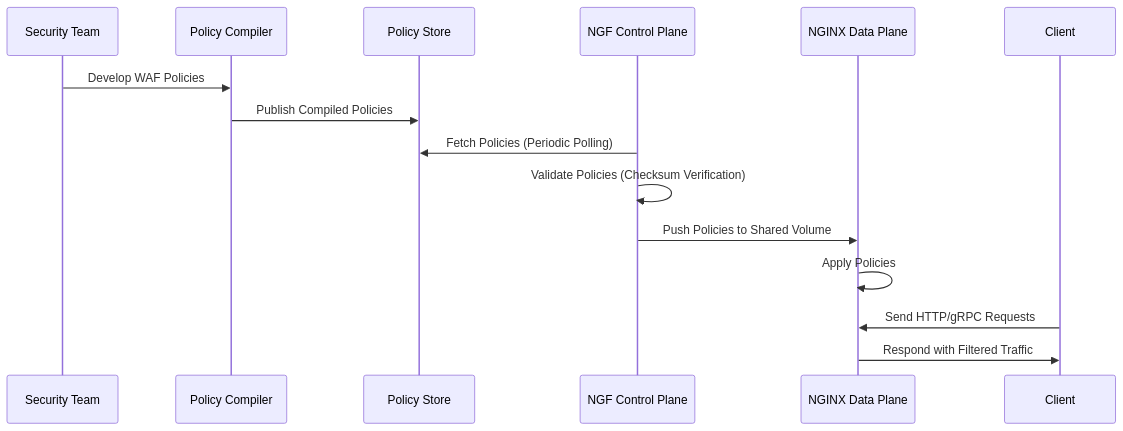
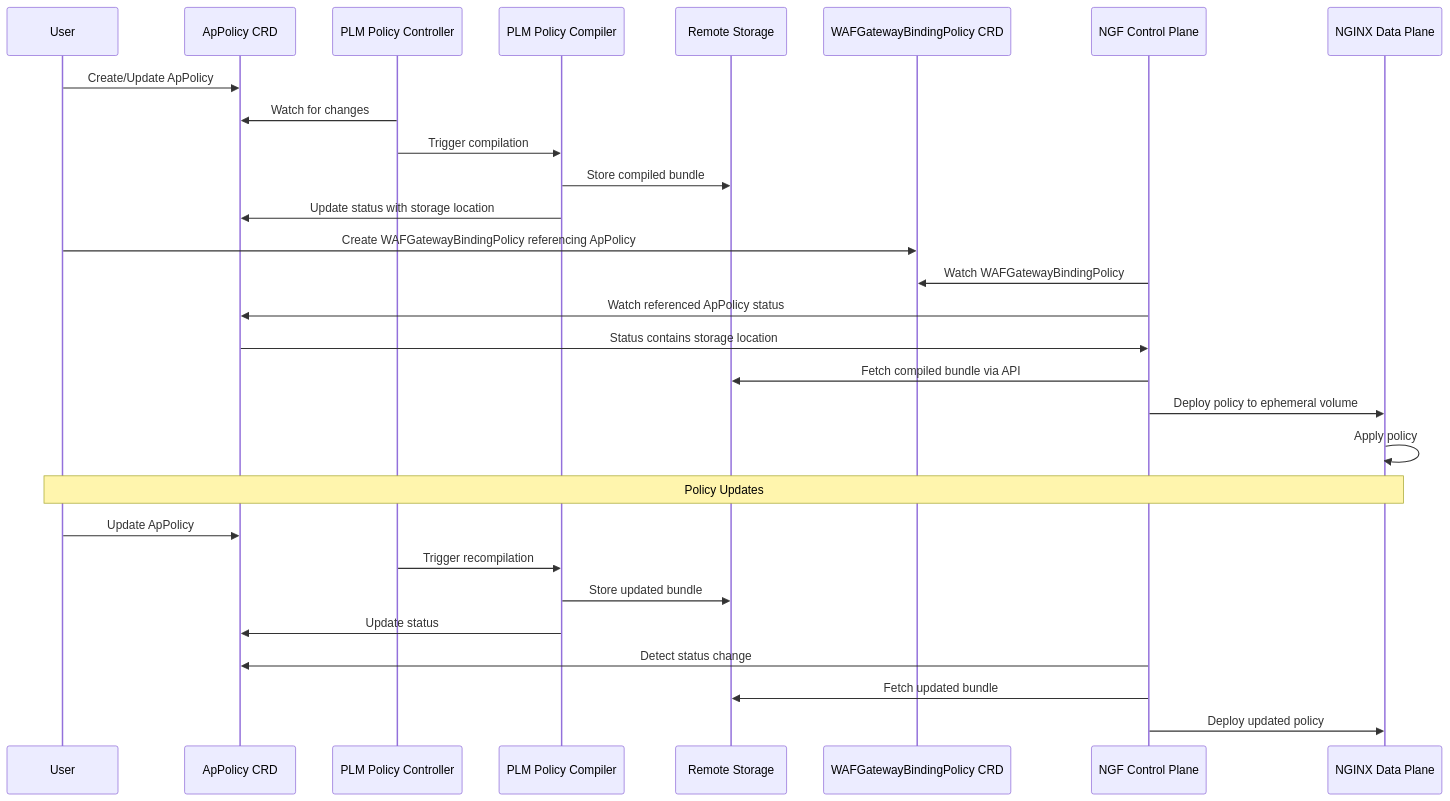
One commit to nginx/nginx-gateway-fabric changed the second of 2 diagrams in docs/proposals/nap-waf.md. Above: the diagram before and after it, drawn with Mermaid. The commit also changed other lines of this file, not shown here.

Commit message:
Update WAF enhancement proposal

````diff
--- a/docs/proposals/nap-waf.md
+++ b/docs/proposals/nap-waf.md
@@ -267,17 +235,34 @@
 ```mermaid
 sequenceDiagram
-    participant SecTeam as Security Team
-    participant Compiler as Policy Compiler
-    participant Store as Policy Store
+    participant User
+    participant ApPolicy as ApPolicy CRD
+    participant PLMController as PLM Policy Controller
+    participant Compiler as PLM Policy Compiler
+    participant Storage as Remote Storage
+    participant WAFGatewayBindingPolicy as WAFGatewayBindingPolicy CRD
     participant NGF as NGF Control Plane
-    participant NGINX as NGINX Data Plane
+    participant DataPlane as NGINX Data Plane
 
-    SecTeam->>Compiler: Develop WAF Policies
-    Compiler->>Store: Publish Compiled Policies
-    NGF->>Store: Fetch Policies (Periodic Polling)
-    NGF->>NGF: Validate Policies (Checksum Verification)
-    NGF->>NGINX: Push Policies to Shared Volume
-    NGINX->>NGINX: Apply Policies
-    Client->>NGINX: Send HTTP/gRPC Requests
-    NGINX->>Client: Respond with Filtered Traffic
+    User->>ApPolicy: Create/Update ApPolicy
+    PLMController->>ApPolicy: Watch for changes
+    PLMController->>Compiler: Trigger compilation
+    Compiler->>Storage: Store compiled bundle
+    Compiler->>ApPolicy: Update status with storage location
+
+    User->>WAFGatewayBindingPolicy: Create WAFGatewayBindingPolicy referencing ApPolicy
+    NGF->>WAFGatewayBindingPolicy: Watch WAFGatewayBindingPolicy
+    NGF->>ApPolicy: Watch referenced ApPolicy status
+    ApPolicy->>NGF: Status contains storage location
+    NGF->>Storage: Fetch compiled bundle via API
+    NGF->>DataPlane: Deploy policy to ephemeral volume
+    DataPlane->>DataPlane: Apply policy
+
+    Note over User,DataPlane: Policy Updates
+    User->>ApPolicy: Update ApPolicy
+    PLMController->>Compiler: Trigger recompilation
+    Compiler->>Storage: Store updated bundle
+    Compiler->>ApPolicy: Update status
+    NGF->>ApPolicy: Detect status change
+    NGF->>Storage: Fetch updated bundle
+    NGF->>DataPlane: Deploy updated policy
 ```
````
